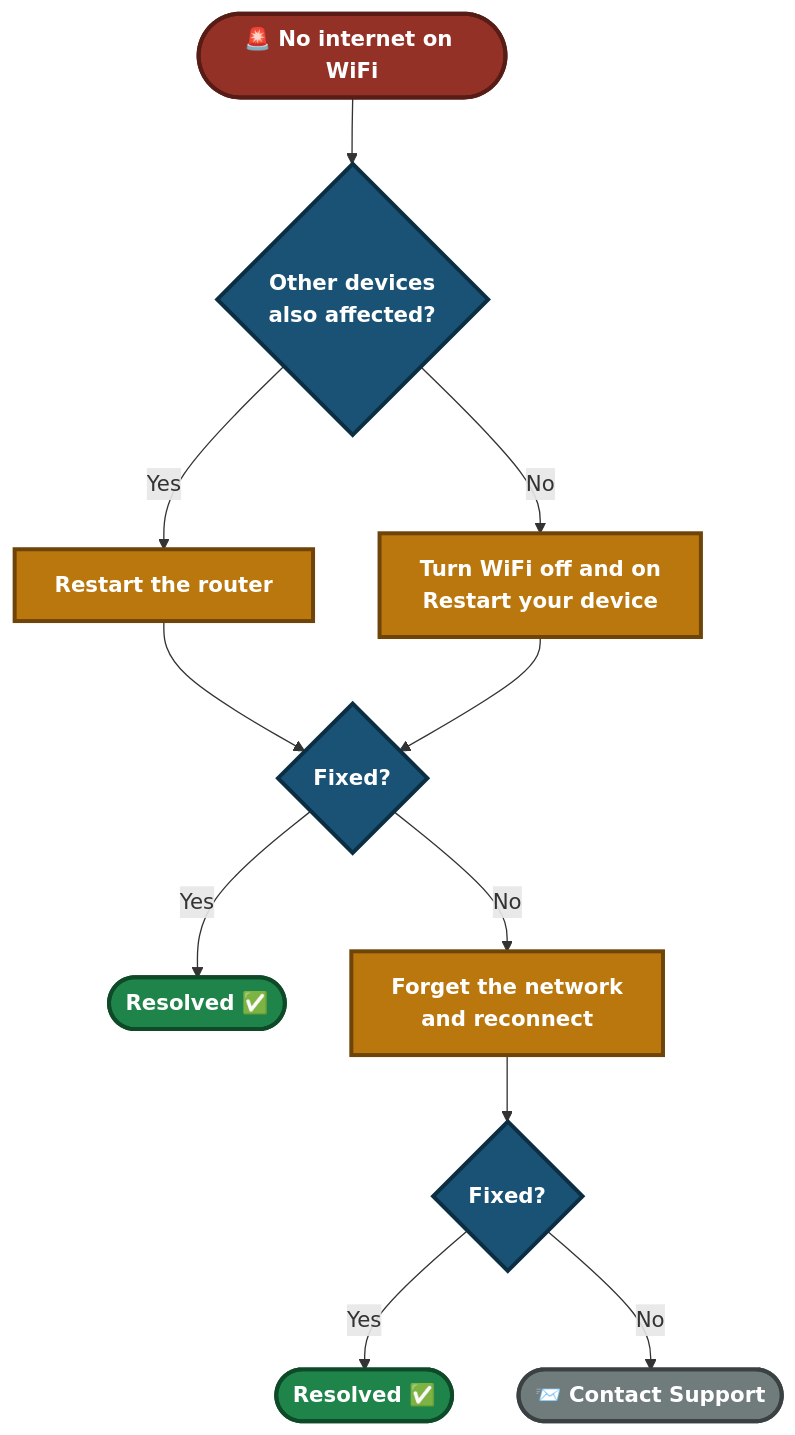
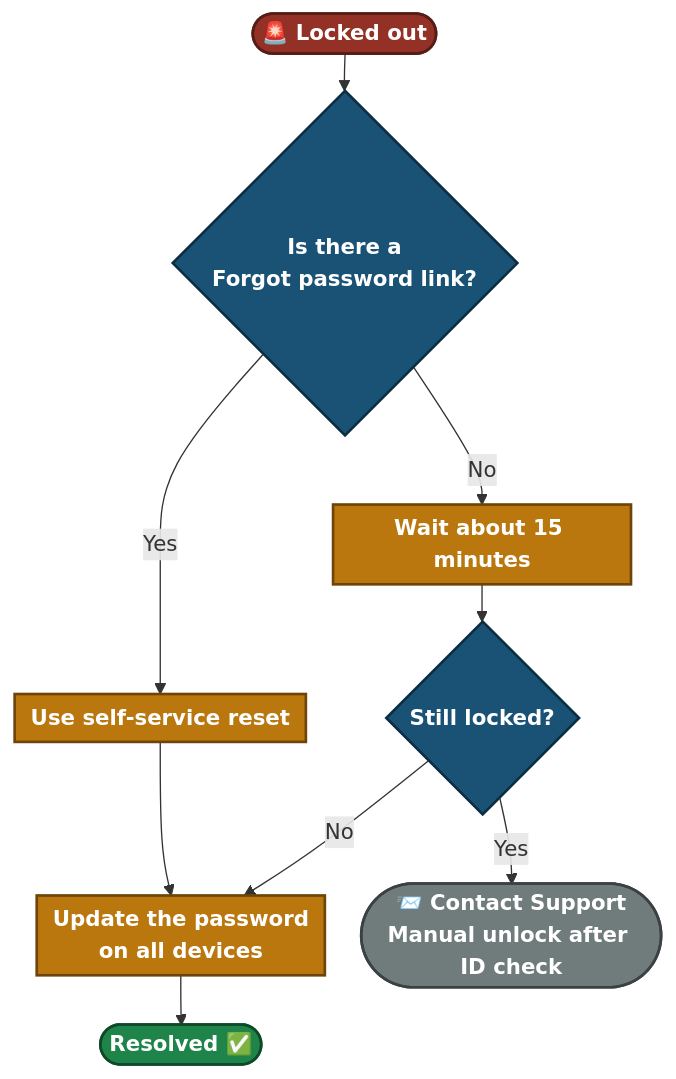
Before and after one commit to malaika-azhar/Customer-Tech-Support-Portfolio: the second of 3 diagrams in 04-Solution-guides/04.5-Password-Reset-Guide.md, drawn with Mermaid. The commit also changed other lines of this file, not shown here.

````diff
--- a/04-Solution-guides/04.5-Password-Reset-Guide.md
+++ b/04-Solution-guides/04.5-Password-Reset-Guide.md
@@ -171,19 +154,18 @@
 ```mermaid
+%%{init: {'flowchart': {'nodeSpacing': 25, 'rankSpacing': 28, 'padding': 6}}}%%
 flowchart TD
-    A(["🚨 No internet on WiFi"]):::start --> B{"Other devices<br/>also affected?"}:::step
-    B -->|Yes| C["Restart the router"]:::fix
-    B -->|No| D["Turn WiFi off and on<br/>Restart your device"]:::fix
-    C --> E{"Fixed?"}:::step
-    D --> E
-    E -->|Yes| End1(["Resolved ✅"]):::ok
-    E -->|No| F["Forget the network<br/>and reconnect"]:::fix
-    F --> G{"Fixed?"}:::step
-    G -->|Yes| End2(["Resolved ✅"]):::ok
-    G -->|No| H(["📨 Contact Support"]):::esc
+    A(["🚨 Locked out"]):::start --> B{"Is there a<br/>Forgot password link?"}:::step
+    B -->|Yes| C["Use self-service reset"]:::fix
+    B -->|No| D["Wait about 15 minutes"]:::fix
+    C --> E["Update the password<br/>on all devices"]:::fix
+    D --> F{"Still locked?"}:::step
+    F -->|No| E
+    F -->|Yes| G(["📨 Contact Support<br/>Manual unlock after ID check"]):::esc
+    E --> End(["Resolved ✅"]):::ok
 
-    classDef start fill:#943126,stroke:#571C16,stroke-width:3px,color:#FFFFFF,font-weight:bold
-    classDef step fill:#1A5276,stroke:#0B2E43,stroke-width:3px,color:#FFFFFF,font-weight:bold
-    classDef fix fill:#B9770E,stroke:#6E4409,stroke-width:3px,color:#FFFFFF,font-weight:bold
-    classDef ok fill:#1E8449,stroke:#0E4A28,stroke-width:3px,color:#FFFFFF,font-weight:bold
-    classDef esc fill:#707B7C,stroke:#3B4142,stroke-width:3px,color:#FFFFFF,font-weight:bold
+    classDef start fill:#943126,stroke:#571C16,stroke-width:2px,color:#FFFFFF,font-weight:bold
+    classDef step fill:#1A5276,stroke:#0B2E43,stroke-width:2px,color:#FFFFFF,font-weight:bold
+    classDef fix fill:#B9770E,stroke:#6E4409,stroke-width:2px,color:#FFFFFF,font-weight:bold
+    classDef ok fill:#1E8449,stroke:#0E4A28,stroke-width:2px,color:#FFFFFF,font-weight:bold
+    classDef esc fill:#707B7C,stroke:#3B4142,stroke-width:2px,color:#FFFFFF,font-weight:bold
 ```
````
